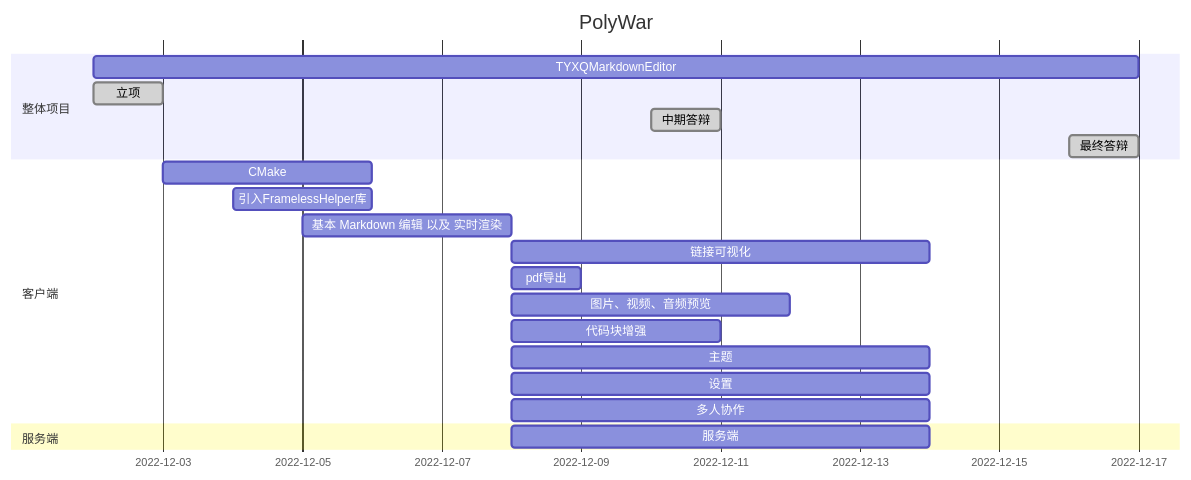
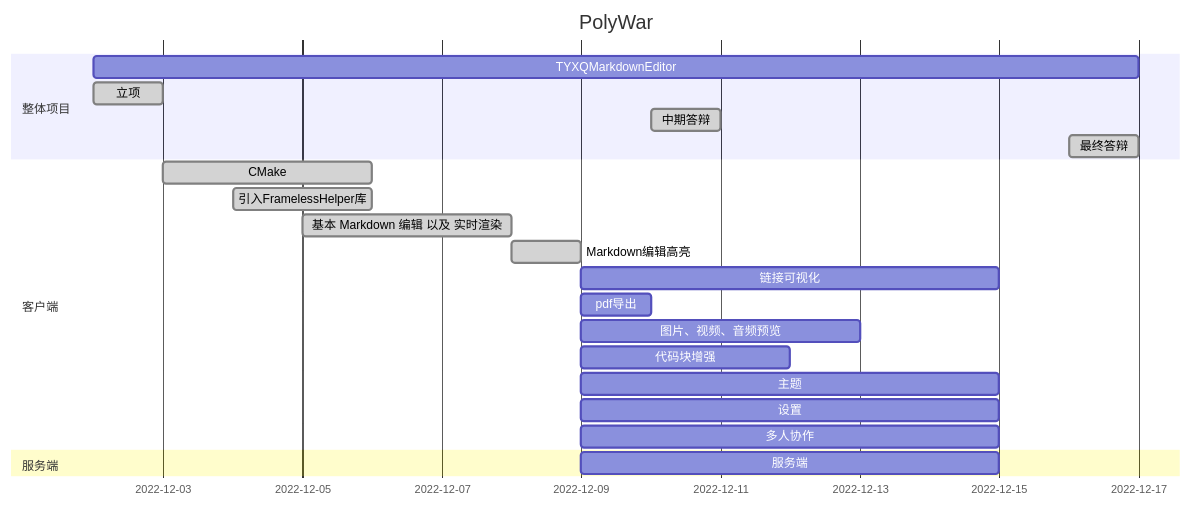
One commit to TYXQ-Studio/TYXQMarkdownEditor changed the second of 2 diagrams in Draft.md. Above: the diagram before and after it, drawn with Mermaid. The commit also changed other lines of this file, not shown here.

````diff
--- a/Draft.md
+++ b/Draft.md
@@ -32,24 +32,25 @@
 ```mermaid
 gantt
     title PolyWar
     dateFormat  YYYY-MM-DD
     section 整体项目
     TYXQMarkdownEditor								   :2022-12-02, 2022-12-17
     立项           									 :done, a1, 2022-12-02, 1d
     中期答辩      									   :done, a2, 2022-12-10, 1d
     最终答辩      									   :done, a3, 2022-12-16, 1d
     section 客户端
-    CMake                                              :cmake, 2022-12-03, 2022-12-06
-    引入FramelessHelper库                              :frameless, 2022-12-04, 2022-12-06
-    基本 Markdown 编辑 以及 实时渲染                   :basic, 2022-12-05, 3d
-    链接可视化                                         :visual_link, after basic, 6d
-    pdf导出                                            :after basic, 1d
-    图片、视频、音频预览                               :after basic, 4d
-    代码块增强                                         :after render, 3d
-    主题                                               :after basic, 6d
-    设置                                               :after basic, 6d
-    多人协作                                           :after render, 6d
+    CMake                                              :done, cmake, 2022-12-03, 2022-12-06
+    引入FramelessHelper库                              :done, frameless, 2022-12-04, 2022-12-06
+    基本 Markdown 编辑 以及 实时渲染                   :done, basic, 2022-12-05, 3d
+    Markdown编辑高亮                                   :done, 2022-12-08, 1d
+    链接可视化                                         :2022-12-09, 6d
+    pdf导出                                            :2022-12-09, 1d
+    图片、视频、音频预览                               :2022-12-09, 4d
+    代码块增强                                         :2022-12-09, 3d
+    主题                                               :2022-12-09, 6d
+    设置                                               :2022-12-09, 6d
+    多人协作                                           :2022-12-09, 6d
     section 服务端
-    服务端                                             :after render, 6d
+    服务端                                             :2022-12-09, 6d
     section 功能类
 ```
````
